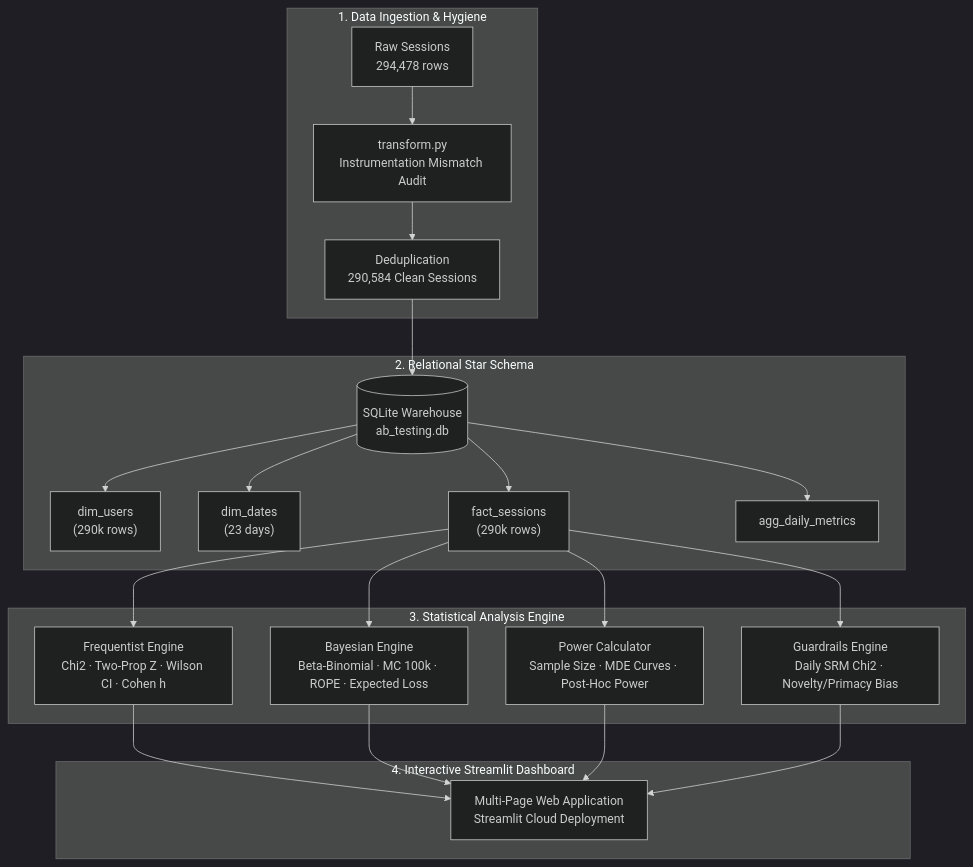
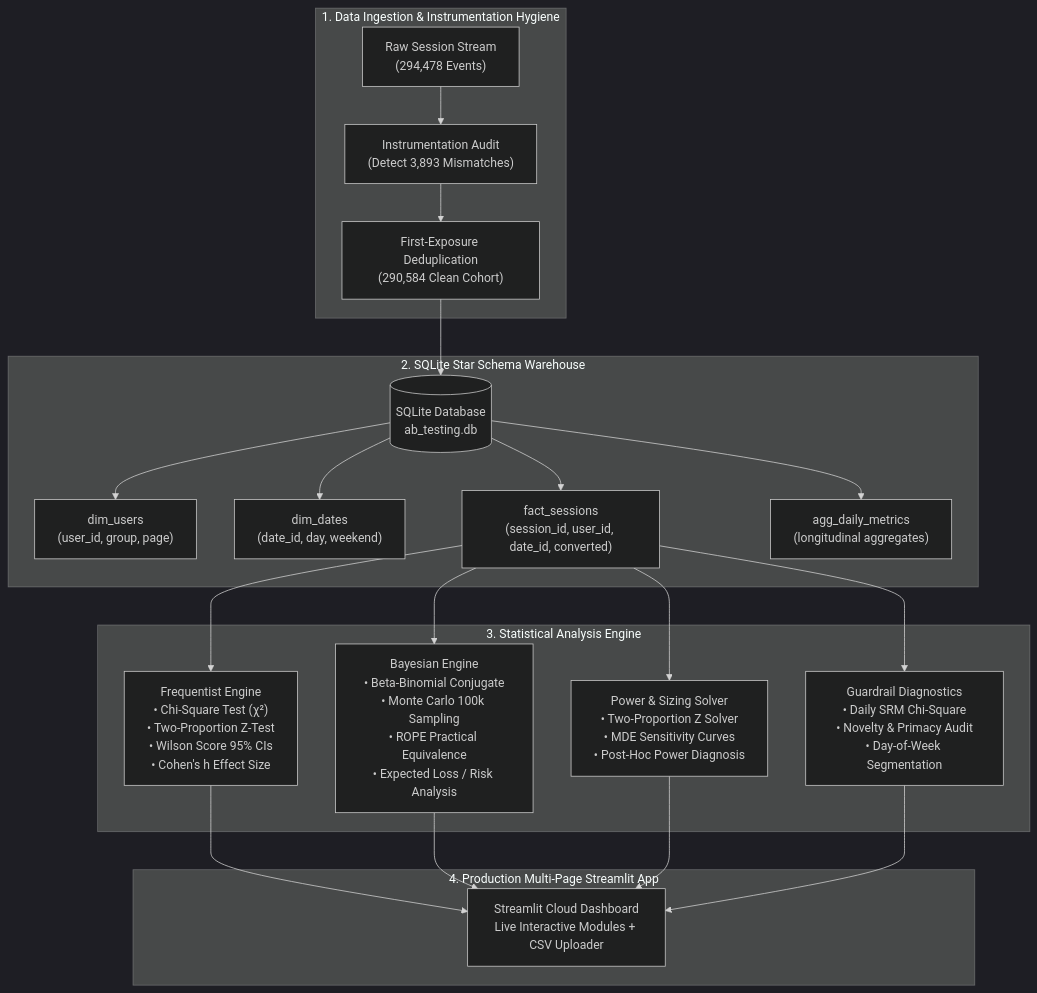
One commit to AvijeetTiwari3/ab-testing-experimentation-platform changed the diagram in README.md. Above: the diagram before and after it, drawn with Mermaid (dark theme). The commit also changed other lines of this file, not shown here.

Commit message:
Enhance README with enterprise Google-grade documentation and methodology breakdown

````diff
--- a/README.md
+++ b/README.md
@@ -23,26 +24,26 @@
 ```mermaid
 flowchart TD
-    subgraph Ingestion ["1. Data Ingestion & Hygiene"]
-        Raw["Raw Sessions\n294,478 rows"] --> Hygiene["transform.py\nInstrumentation Mismatch Audit"]
-        Hygiene --> Dedupe["Deduplication\n290,584 Clean Sessions"]
+    subgraph DataIngestion ["1. Data Ingestion & Instrumentation Hygiene"]
+        Raw["Raw Session Stream\n(294,478 Events)"] --> Audit["Instrumentation Audit\n(Detect 3,893 Mismatches)"]
+        Audit --> Dedupe["First-Exposure Deduplication\n(290,584 Clean Cohort)"]
     end
 
-    subgraph Warehouse ["2. Relational Star Schema"]
-        Dedupe --> DB[("SQLite Warehouse\nab_testing.db")]
-        DB --> Users["dim_users\n(290k rows)"]
-        DB --> Dates["dim_dates\n(23 days)"]
-        DB --> Sessions["fact_sessions\n(290k rows)"]
-        DB --> Daily["agg_daily_metrics"]
+    subgraph RelationalWarehouse ["2. SQLite Star Schema Warehouse"]
+        Dedupe --> DB[("SQLite Database\nab_testing.db")]
+        DB --> Users["dim_users\n(user_id, group, page)"]
+        DB --> Dates["dim_dates\n(date_id, day, weekend)"]
+        DB --> Sessions["fact_sessions\n(session_id, user_id, date_id, converted)"]
+        DB --> Agg["agg_daily_metrics\n(longitudinal aggregates)"]
     end
 
-    subgraph TestingSuite ["3. Statistical Analysis Engine"]
-        Sessions --> Freq["Frequentist Engine\nChi2 · Two-Prop Z · Wilson CI · Cohen h"]
-        Sessions --> Bayes["Bayesian Engine\nBeta-Binomial · MC 100k · ROPE · Expected Loss"]
-        Sessions --> Power["Power Calculator\nSample Size · MDE Curves · Post-Hoc Power"]
-        Sessions --> Guard["Guardrails Engine\nDaily SRM Chi2 · Novelty/Primacy Bias"]
+    subgraph StatisticalEngines ["3. Statistical Analysis Engine"]
+        Sessions --> Freq["Frequentist Engine\n• Chi-Square Test (χ²)\n• Two-Proportion Z-Test\n• Wilson Score 95% CIs\n• Cohen's h Effect Size"]
+        Sessions --> Bayes["Bayesian Engine\n• Beta-Binomial Conjugate\n• Monte Carlo 100k Sampling\n• ROPE Practical Equivalence\n• Expected Loss / Risk Analysis"]
+        Sessions --> Power["Power & Sizing Solver\n• Two-Proportion Z Solver\n• MDE Sensitivity Curves\n• Post-Hoc Power Diagnosis"]
+        Sessions --> Guard["Guardrail Diagnostics\n• Daily SRM Chi-Square\n• Novelty & Primacy Audit\n• Day-of-Week Segmentation"]
     end
 
-    subgraph UI ["4. Interactive Streamlit Dashboard"]
-        Freq & Bayes & Power & Guard --> App["Multi-Page Web Application\nStreamlit Cloud Deployment"]
+    subgraph CloudUI ["4. Production Multi-Page Streamlit App"]
+        Freq & Bayes & Power & Guard --> App["Streamlit Cloud Dashboard\nLive Interactive Modules + CSV Uploader"]
     end
 ```
````
